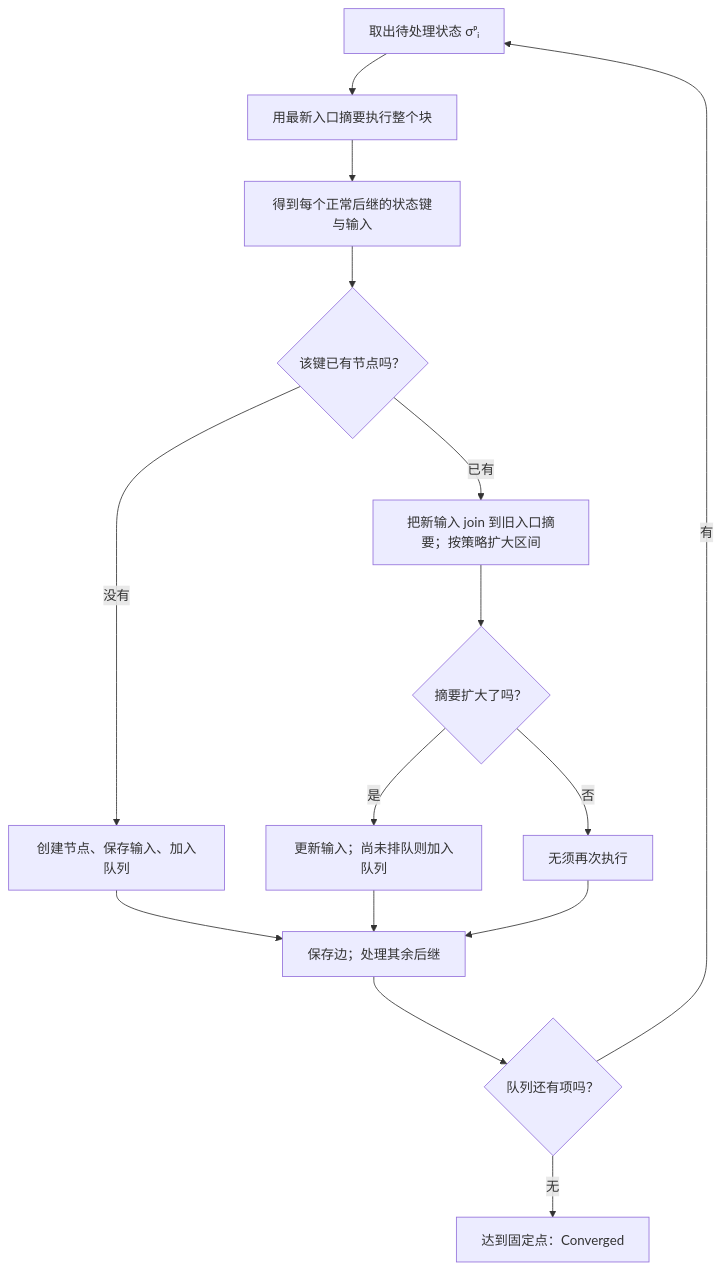
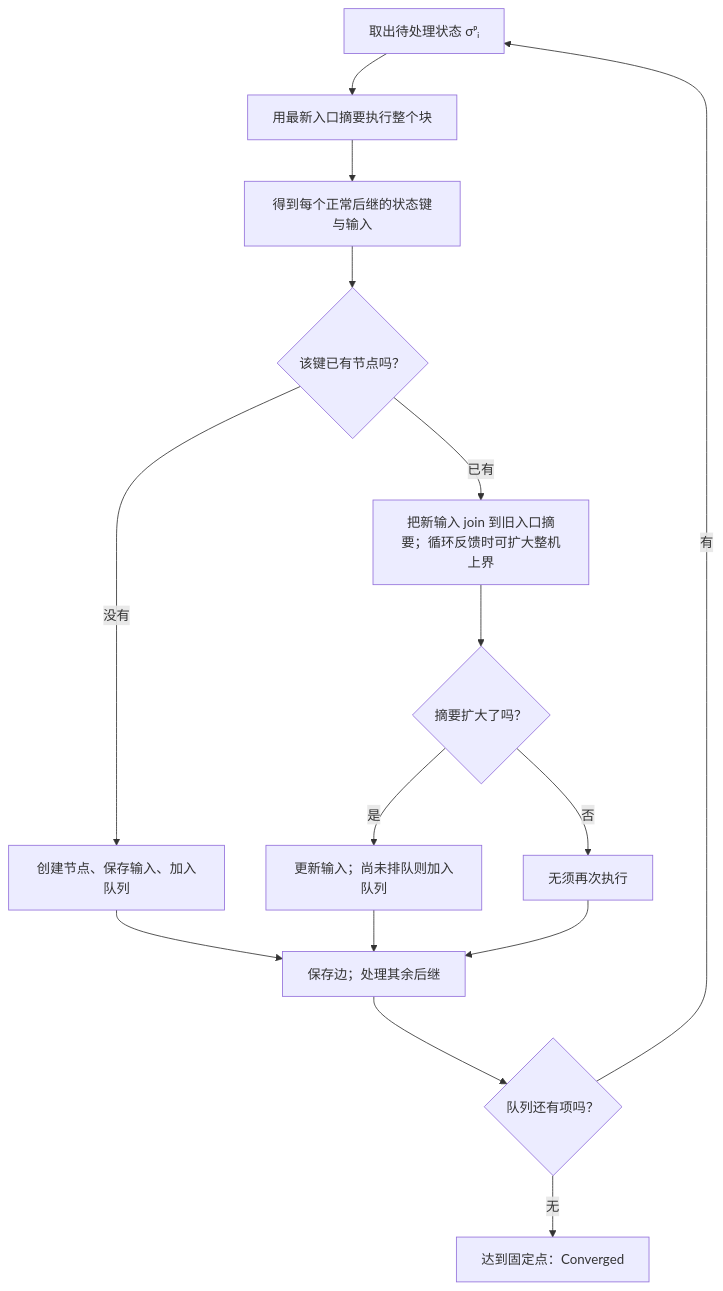
One commit to ethever/evm-abstract-lab changed the second of 2 diagrams in docs/03-cfg.md. Above: the diagram before and after it, drawn with Mermaid. The commit also changed other lines of this file and 3 other files, not shown here.

````diff
--- a/docs/03-cfg.md
+++ b/docs/03-cfg.md
@@ -91,17 +91,17 @@
 ```mermaid
 flowchart TD
     A[取出待处理状态 σᵖᵢ] --> B[用最新入口摘要执行整个块]
     B --> C[得到每个正常后继的状态键与输入]
     C --> D{该键已有节点吗？}
     D -->|没有| E[创建节点、保存输入、加入队列]
-    D -->|已有| F[把新输入 join 到旧入口摘要；按策略扩大区间]
+    D -->|已有| F[把新输入 join 到旧入口摘要；循环反馈时可扩大整机上界]
     F --> G{摘要扩大了吗？}
     G -->|是| H[更新输入；尚未排队则加入队列]
     G -->|否| I[无须再次执行]
     E --> J[保存边；处理其余后继]
     H --> J
     I --> J
     J --> K{队列还有项吗？}
     K -->|有| A
     K -->|无| L[达到固定点：Converged]
 ```
````
